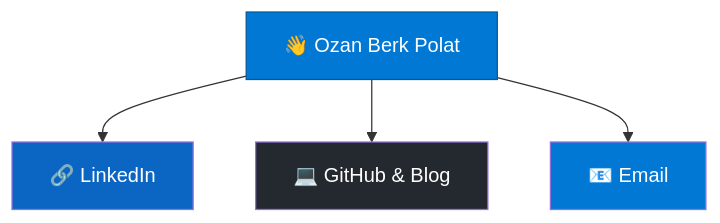
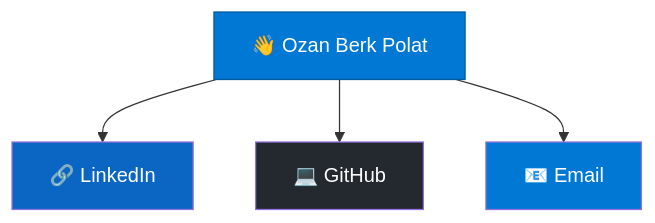
One commit to ozanberkpolat/ozanberkpolat.github.io changed the second of 3 diagrams in _tabs/about.md. Above: the diagram before and after it, drawn with Mermaid.

````diff
--- a/_tabs/about.md
+++ b/_tabs/about.md
@@ -246,22 +246,22 @@
 ```mermaid
 flowchart TB
 
     A["👋 Ozan Berk Polat"]
 
     B["🔗 LinkedIn"]
-    C["💻 GitHub & Blog"]
+    C["💻 GitHub"]
     D["📧 Email"]
 
     A --> B
     A --> C
     A --> D
 
     click B "https://www.linkedin.com/in/ozan-berk-polat/" "Open LinkedIn Profile"
     click C "https://github.com/ozanberkpolat" "Visit My GitHub"
     click D "mailto:ozanberkplt@gmail.com" "Send me an Email"
 
     style A fill:#0078D4,color:#fff,stroke:#005A9E
     style B fill:#0A66C2,color:#fff
     style C fill:#24292F,color:#fff
     style D fill:#0078D4,color:#fff
 ```
````
